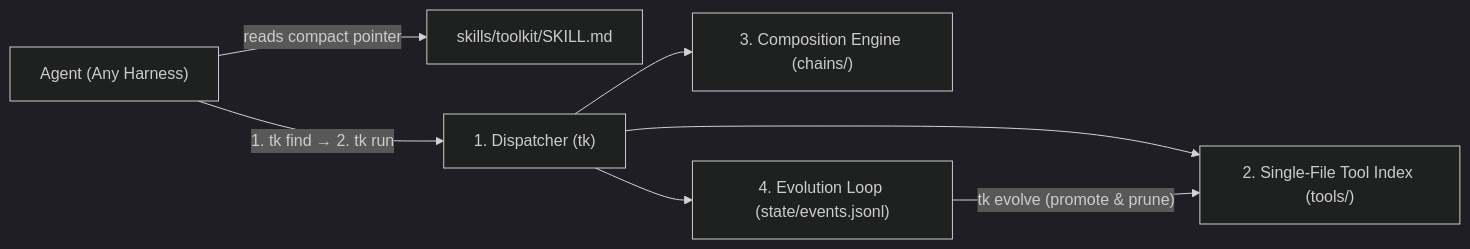
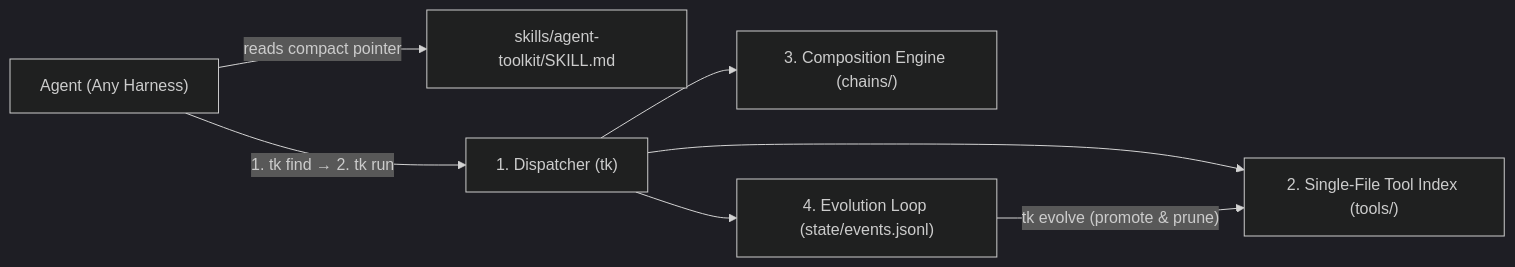
One commit to ASabale/agent-toolkit changed the diagram in ARCHITECTURE.md. Above: the diagram before and after it, drawn with Mermaid (dark theme). The commit also changed 2 other files, not shown here.

Commit message:
docs(#77): add skills.sh install line and update skill path refs
Append the official skills.sh install command and badge after License.
Rename remaining skills/toolkit path refs in README, ARCHITECTURE, and
CODING_STANDARDS to skills/agent-toolkit.

````diff
--- a/ARCHITECTURE.md
+++ b/ARCHITECTURE.md
@@ -5,9 +5,9 @@
 ```mermaid
 flowchart LR
-    Agent["Agent (Any Harness)"] -->|reads compact pointer| Skill["skills/toolkit/SKILL.md"]
+    Agent["Agent (Any Harness)"] -->|reads compact pointer| Skill["skills/agent-toolkit/SKILL.md"]
     Agent -->|"1. tk find → 2. tk run"| CLI["1. Dispatcher (tk)"]
     CLI --> Catalog["2. Single-File Tool Index (tools/)"]
     CLI --> ChainEngine["3. Composition Engine (chains/)"]
     CLI --> Telemetry["4. Evolution Loop (state/events.jsonl)"]
     Telemetry -->|"tk evolve (promote & prune)"| Catalog
 ```
````
